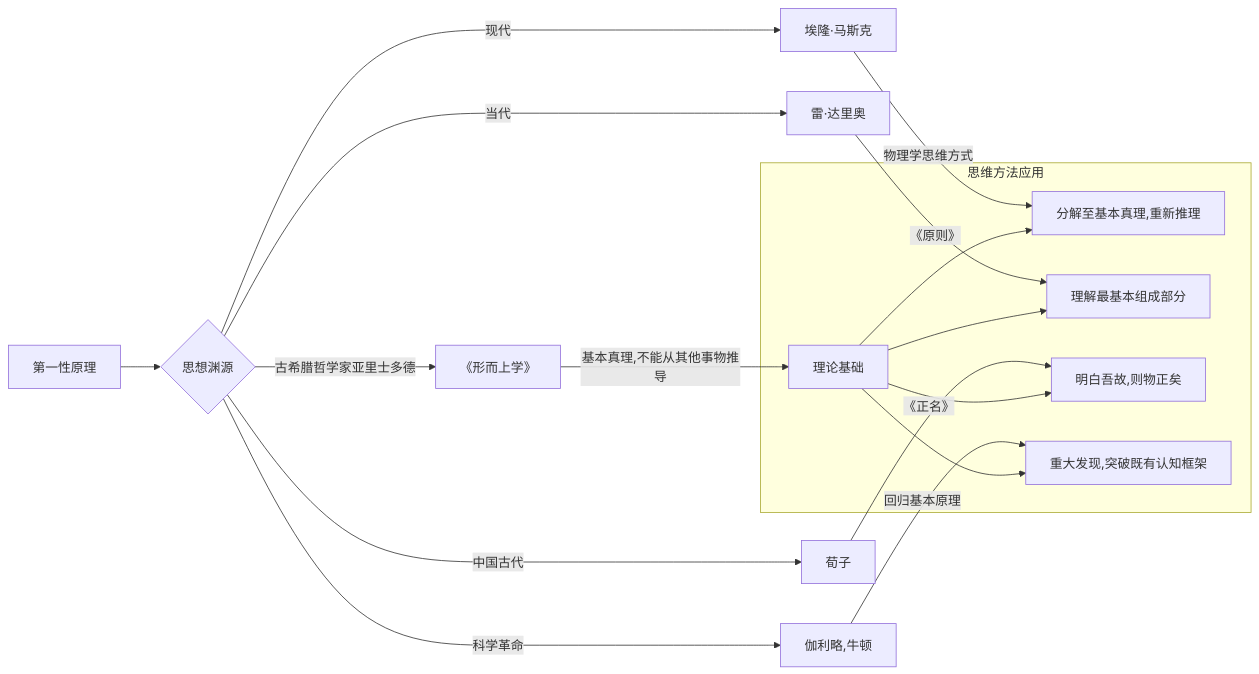
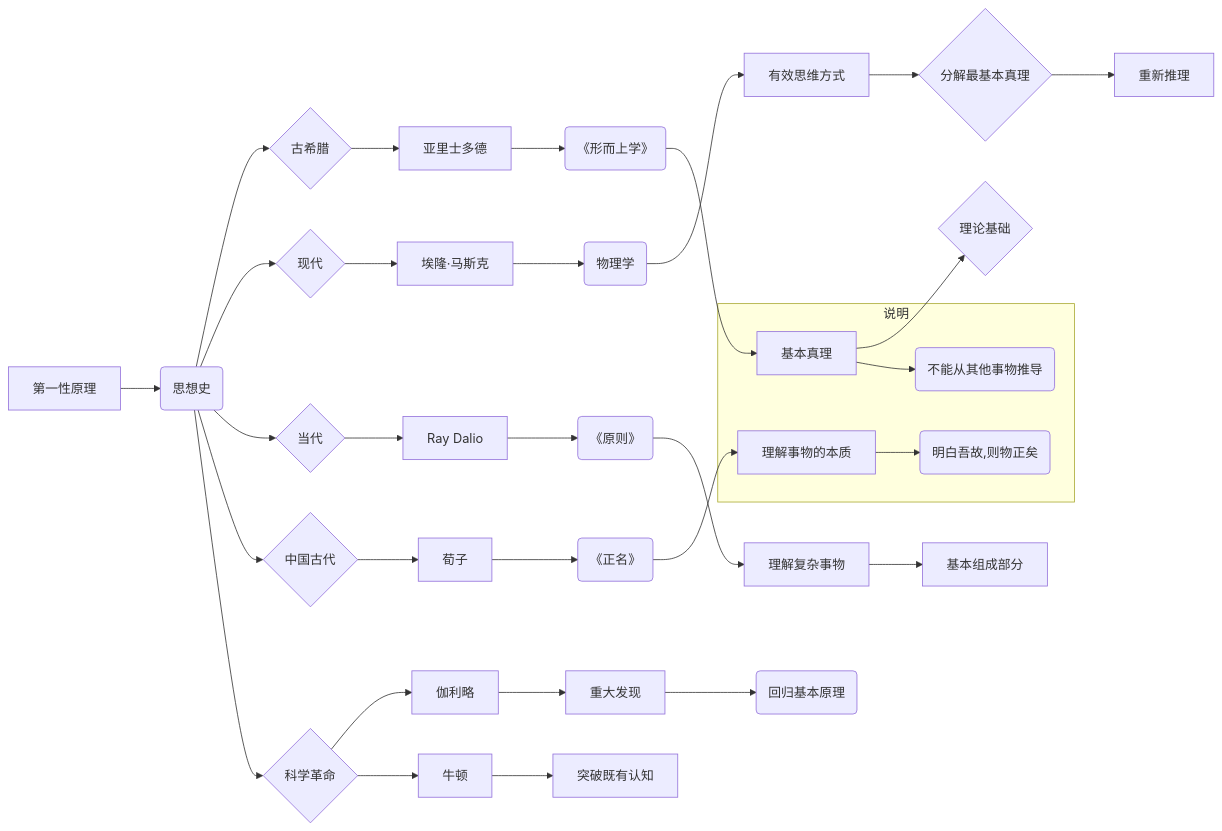
The diagram in all/未命名.md (yungaoyuan/iodraw-files), drawn with Mermaid before and after one commit.

Commit message:
2025-01-09 17:22:42 update

````diff
--- a/all/未命名.md
+++ b/all/未命名.md
@@ -1,21 +1,40 @@
 ```mermaid
 graph LR
-    A[第一性原理] --> B{思想渊源};
-    B -- 古希腊哲学家亚里士多德 --> C["《形而上学》"];
-    C -- 基本真理,不能从其他事物推导 --> D[理论基础];
-    B -- 现代 --> E[埃隆·马斯克];
-    E -- 物理学思维方式 --> F[分解至基本真理,重新推理];
-    B -- 当代 --> G[雷·达里奥];
-    G -- 《原则》 --> H[理解最基本组成部分];
-    B -- 中国古代 --> I[荀子];
-    I -- 《正名》 --> J[明白吾故,则物正矣];
-    B -- 科学革命 --> K[伽利略,牛顿];
-    K -- 回归基本原理 --> L[重大发现,突破既有认知框架];
+    A[第一性原理] --> B(思想史);
+    B --> C{古希腊};
+    C --> D[亚里士多德];
+    D --> E(《形而上学》);
+    E --> F[基本真理];
+    F --> G{理论基础};
     
-    subgraph "思维方法应用"
-        D --> F
-        D --> H
-        D --> J
-        D --> L
+    B --> H{现代};
+    H --> I[埃隆·马斯克];
+    I --> J(物理学);
+    J --> K[有效思维方式];
+    K --> L{分解最基本真理};
+    L --> M[重新推理];
+    
+    B --> N{当代};
+    N --> O[Ray Dalio];
+    O --> P(《原则》);
+    P --> Q[理解复杂事物];
+    Q --> R[基本组成部分];
+    
+    B --> S{中国古代};
+    S --> T[荀子];
+    T --> U(《正名》);
+    U --> V[理解事物的本质];
+    
+    B --> W{科学革命};
+    W --> X[伽利略];
+    W --> Y[牛顿];
+    X --> Z[重大发现];
+    Y --> AA[突破既有认知];
+    Z --> BB(回归基本原理);
+    
+    subgraph 说明
+        F --> F1(不能从其他事物推导);
+        V --> V1(明白吾故,则物正矣);
+        
     end
 ```
````
